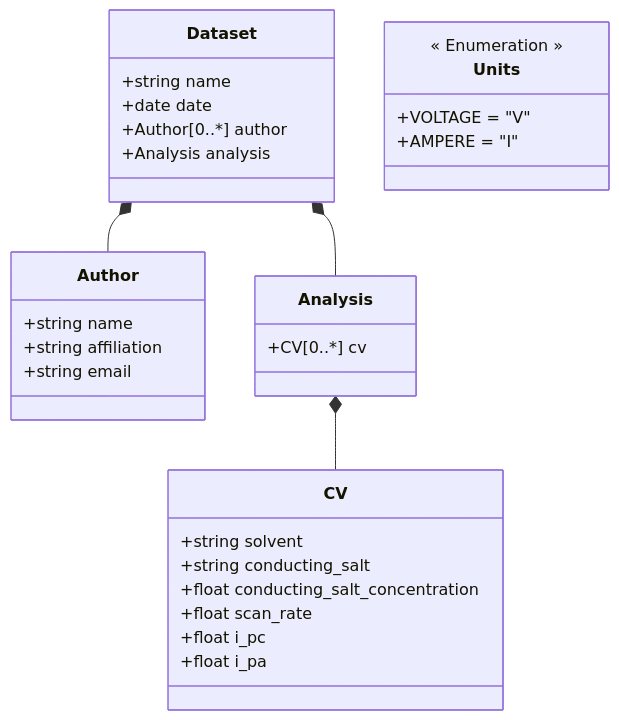
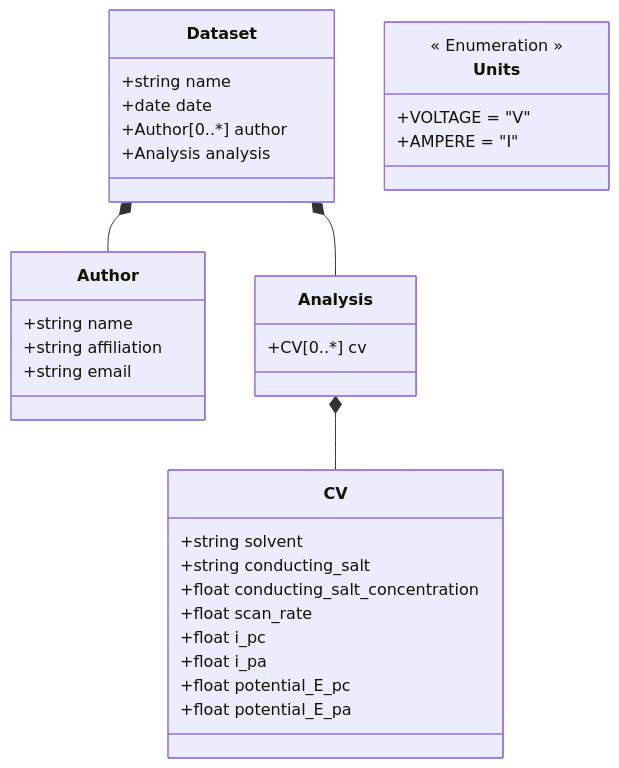
The diagram in ElectrochemistryDataModel/schemes/- __halfe_wave_potential__.md (FAIRChemistry/datamodel-electrochemistry), drawn with Mermaid before and after one commit. The commit also changed 5 other files, not shown here.

````diff
--- a/ElectrochemistryDataModel/schemes/- __halfe_wave_potential__.md
+++ b/ElectrochemistryDataModel/schemes/- __halfe_wave_potential__.md
@@ -1,39 +1,41 @@
 ```mermaid
 classDiagram
     Dataset *-- Author
     Dataset *-- Analysis
     Analysis *-- CV
     
     class Dataset {
         +string name
         +date date
         +Author[0..*] author
         +Analysis analysis
     }
     
     class Analysis {
         +CV[0..*] cv
     }
     
     class CV {
         +string solvent
         +string conducting_salt
         +float conducting_salt_concentration
         +float scan_rate
         +float i_pc
         +float i_pa
+        +float potential_E_pc
+        +float potential_E_pa
     }
     
     class Author {
         +string name
         +string affiliation
         +string email
     }
     
     class Units {
         << Enumeration >>
         +VOLTAGE = "V"
         +AMPERE = "I"
     }
     
 ```
````
